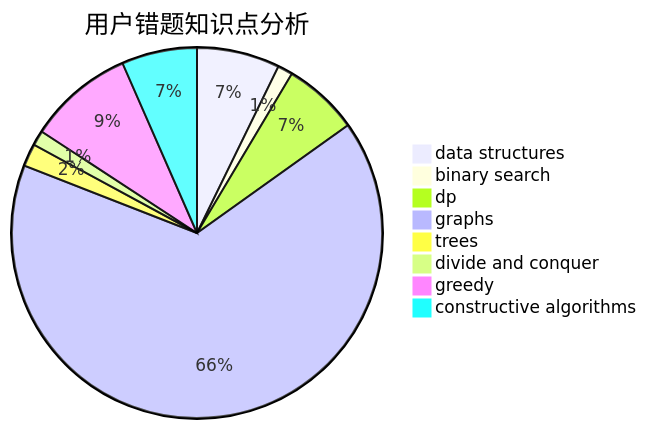
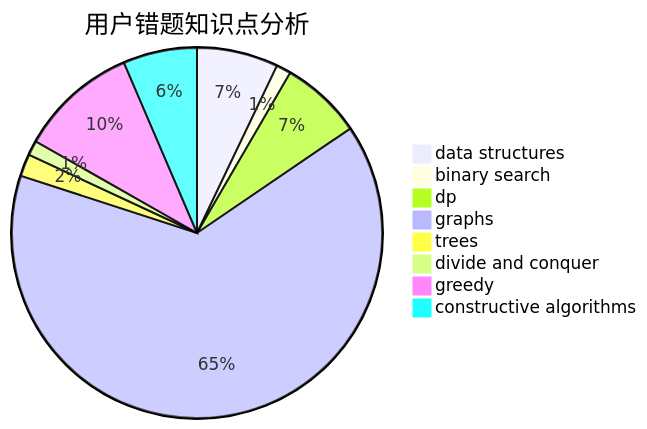
Before and after one commit to sherpahu/cfrs.github.io: the third of 3 diagrams in docs/user/u463.md, drawn with Mermaid. The commit also changed other lines of this file and 2770 other files, not shown here.

````diff
--- a/docs/user/u463.md
+++ b/docs/user/u463.md
@@ -36,11 +36,11 @@
 ```mermaid
 pie title 用户错题知识点分析
     "data structures" :  11
     "binary search" :  2
-    "dp" :  10
+    "dp" :  11
     "graphs" :  100
     "trees" :  3
     "divide and conquer" :  2
-    "greedy" :  14
+    "greedy" :  16
     "constructive algorithms" :  10
 ```
````
